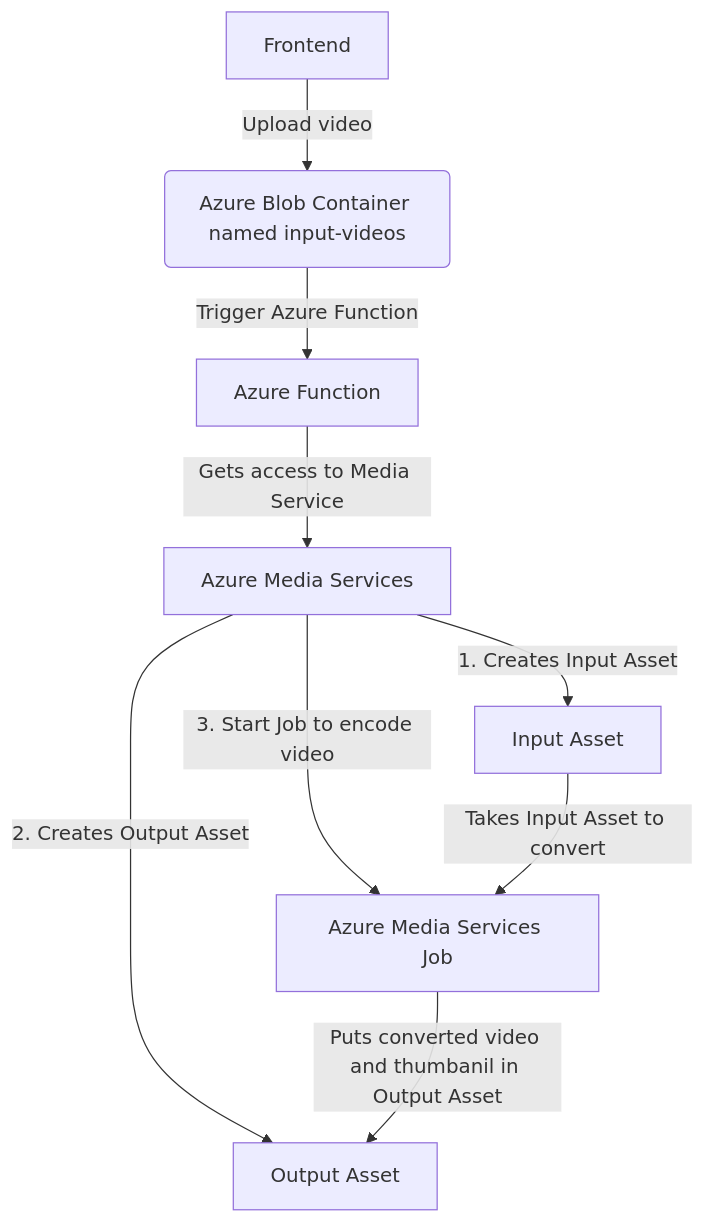
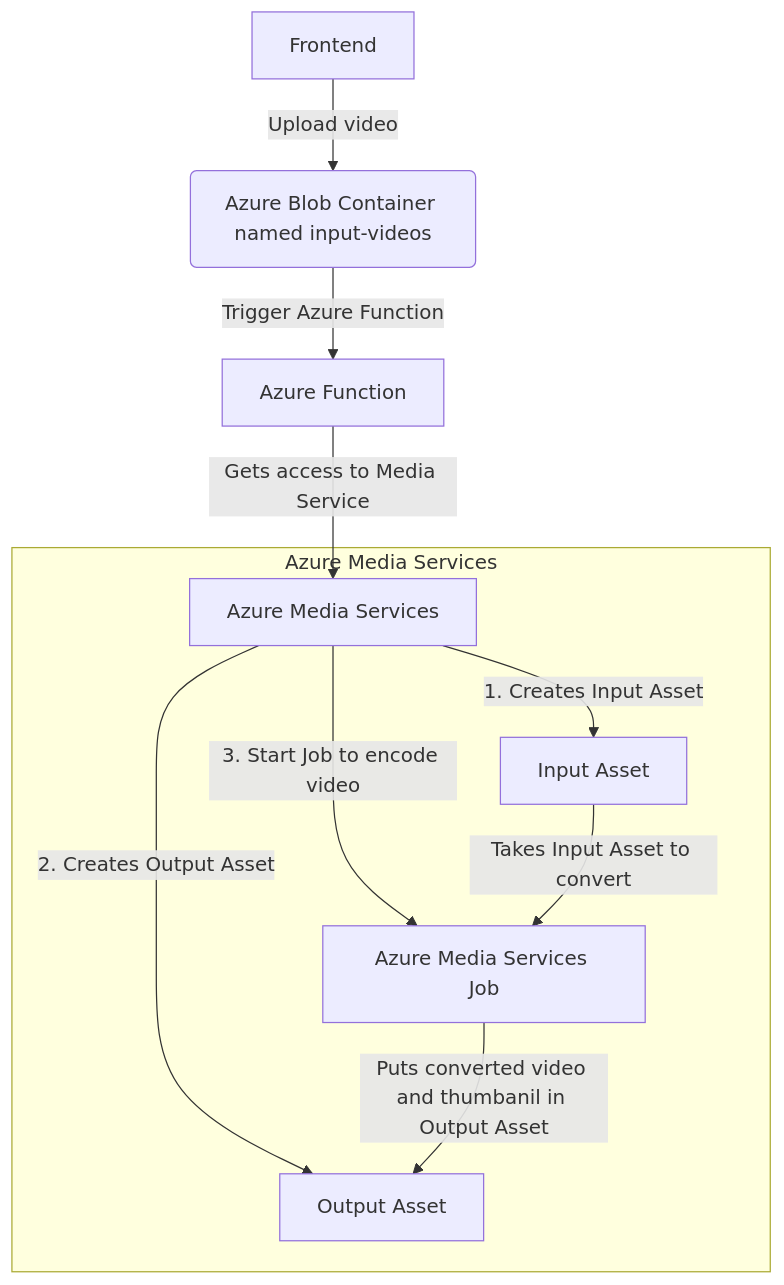
The second of 2 diagrams in profile/README.md (instructr-aps/.github), drawn with Mermaid before and after one commit. The commit also changed other lines of this file, not shown here.

````diff
--- a/profile/README.md
+++ b/profile/README.md
@@ -31,12 +31,19 @@
 ```mermaid
 graph TD
     A[Frontend] -->|Upload video| B(Azure Blob Container named input-videos)
     B -->|Trigger Azure Function| C[Azure Function]
     C -->|Gets access to Media Service| D[Azure Media Services]
     D -->|1. Creates Input Asset| E[Input Asset]
     D -->|2. Creates Output Asset| F[Output Asset]
     D -->|3. Start Job to encode video| G[Azure Media Services Job]
     E -->|Takes Input Asset to convert| G
     G -->|Puts converted video and thumbanil in Output Asset| F
 
+    subgraph Azure Media Services
+    D
+    E
+    F
+    G
+    end
+
 ```
````
